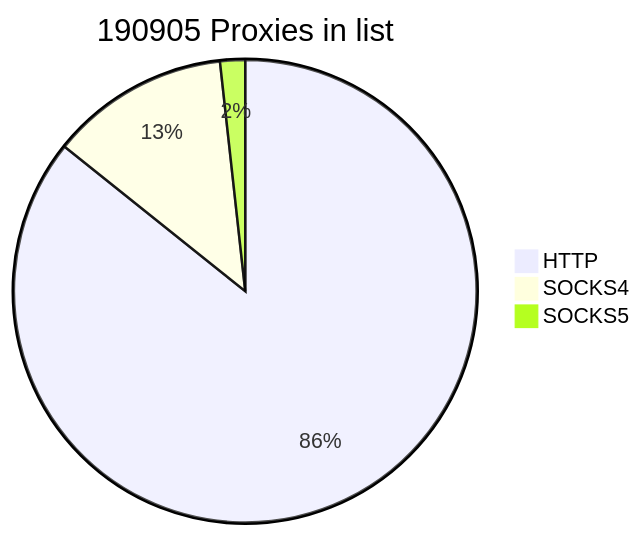
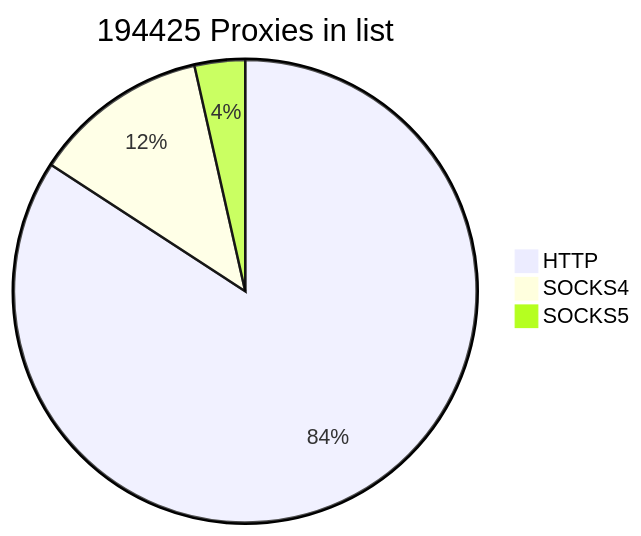
Before and after one commit to cutipu/proxylist: the first of 2 diagrams in README.md, drawn with Mermaid. The commit also changed other lines of this file, not shown here.

````diff
--- a/README.md
+++ b/README.md
@@ -2,7 +2,7 @@
 ```mermaid
-pie title 190905 Proxies in list
+pie title 194425 Proxies in list
     "HTTP" : 163685
-    "SOCKS4" : 23884
-    "SOCKS5" : 3336
+    "SOCKS4" : 23882
+    "SOCKS5" : 6858
             
 ```
````
